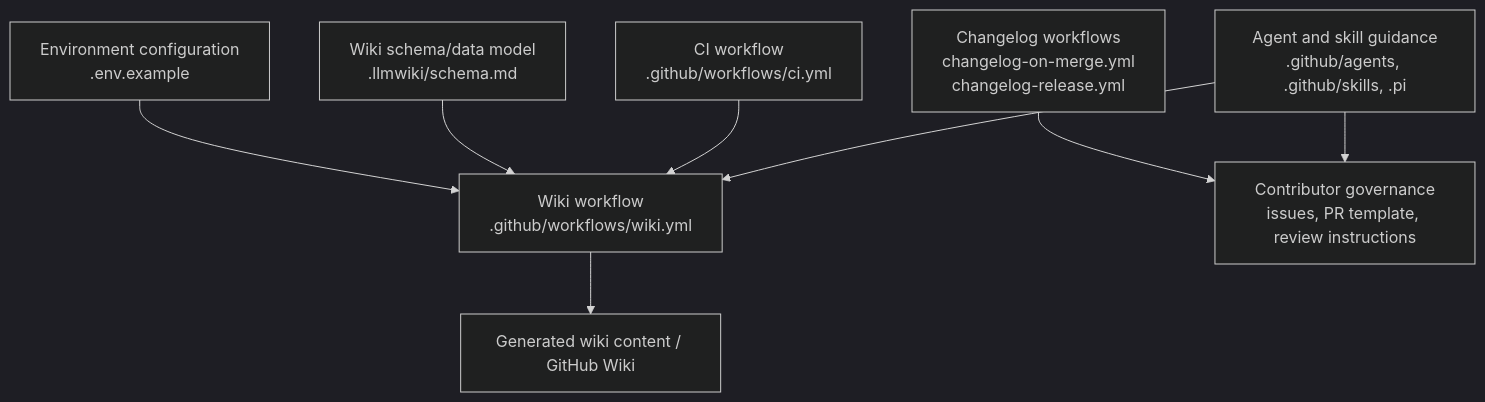
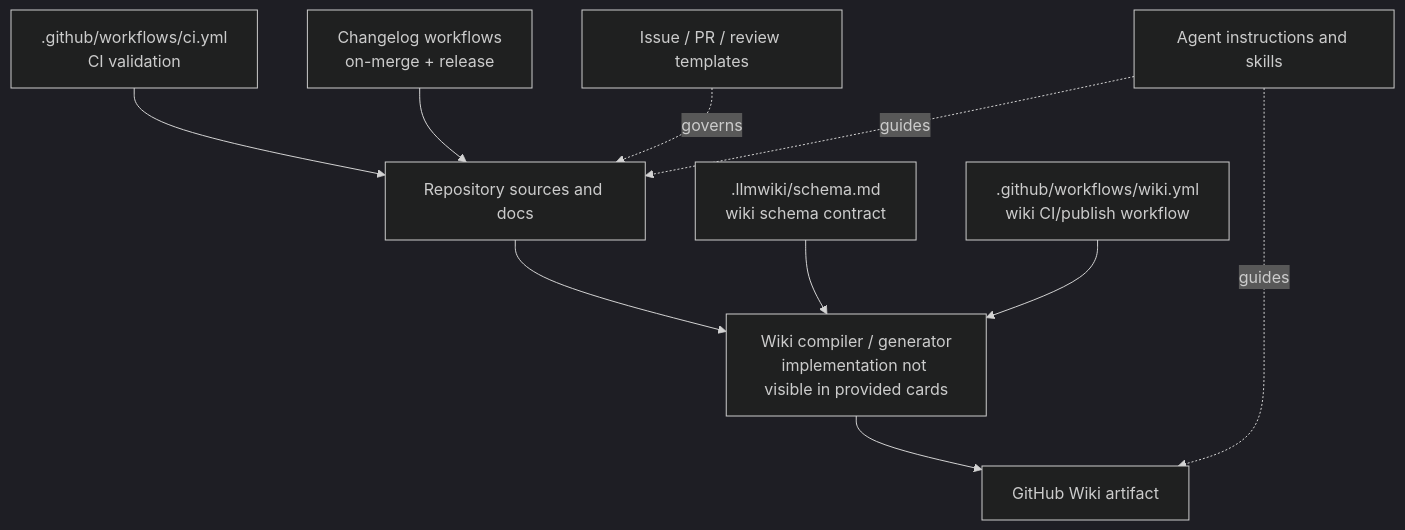
The second of 3 diagrams in Architecture.md (mfittko/repo-wiki), drawn with Mermaid (dark theme) before and after one commit. The commit also changed other lines of this file and 46 other files, not shown here.

Commit message:
Compile repository wiki 2026-06-12T23:57:16.482Z

````diff
--- a/Architecture.md
+++ b/Architecture.md
@@ -166,19 +164,22 @@
 ```mermaid
-flowchart TD
-  Config["Environment configuration<br/>.env.example"]
-  WikiWorkflow["Wiki workflow<br/>.github/workflows/wiki.yml"]
-  CIWorkflow["CI workflow<br/>.github/workflows/ci.yml"]
-  ChangelogWorkflows["Changelog workflows<br/>changelog-on-merge.yml<br/>changelog-release.yml"]
-  Schema["Wiki schema/data model<br/>.llmwiki/schema.md"]
-  Governance["Contributor governance<br/>issues, PR template, review instructions"]
-  Agents["Agent and skill guidance<br/>.github/agents, .github/skills, .pi"]
-  WikiOutput["Generated wiki content / GitHub Wiki"]
+flowchart TB
+    Sources["Repository sources and docs"]
+    Schema[".llmwiki/schema.md<br/>wiki schema contract"]
+    Compiler["Wiki compiler / generator<br/>implementation not visible in provided cards"]
+    WikiWorkflow[".github/workflows/wiki.yml<br/>wiki CI/publish workflow"]
+    CI[".github/workflows/ci.yml<br/>CI validation"]
+    Changelog["Changelog workflows<br/>on-merge + release"]
+    Process["Issue / PR / review templates"]
+    Agents["Agent instructions and skills"]
+    Wiki["GitHub Wiki artifact"]
 
-  Config --> WikiWorkflow
-  Schema --> WikiWorkflow
-  WikiWorkflow --> WikiOutput
-  CIWorkflow --> WikiWorkflow
-  ChangelogWorkflows --> Governance
-  Agents --> Governance
-  Agents --> WikiWorkflow
+    Sources --> Compiler
+    Schema --> Compiler
+    Compiler --> Wiki
+    WikiWorkflow --> Compiler
+    CI --> Sources
+    Changelog --> Sources
+    Process -. governs .-> Sources
+    Agents -. guides .-> Sources
+    Agents -. guides .-> Wiki
 ```
````
